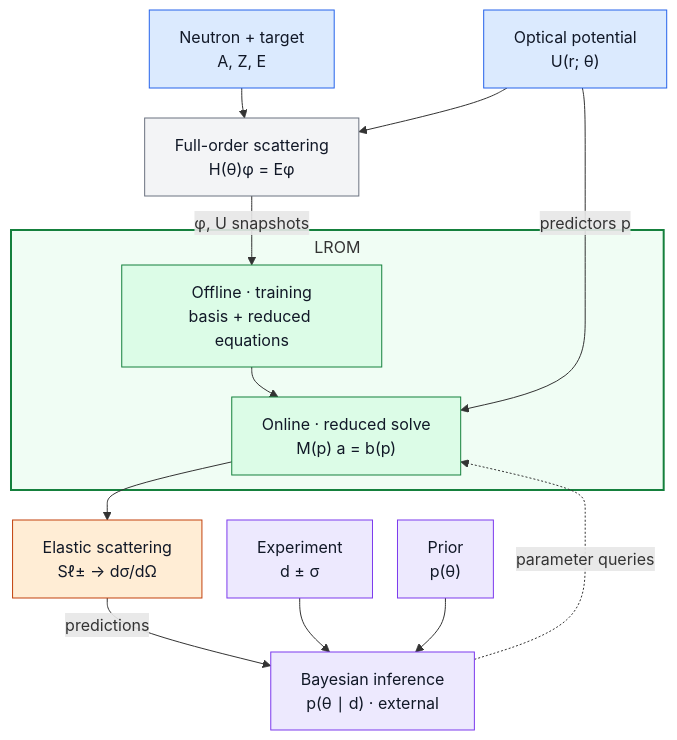
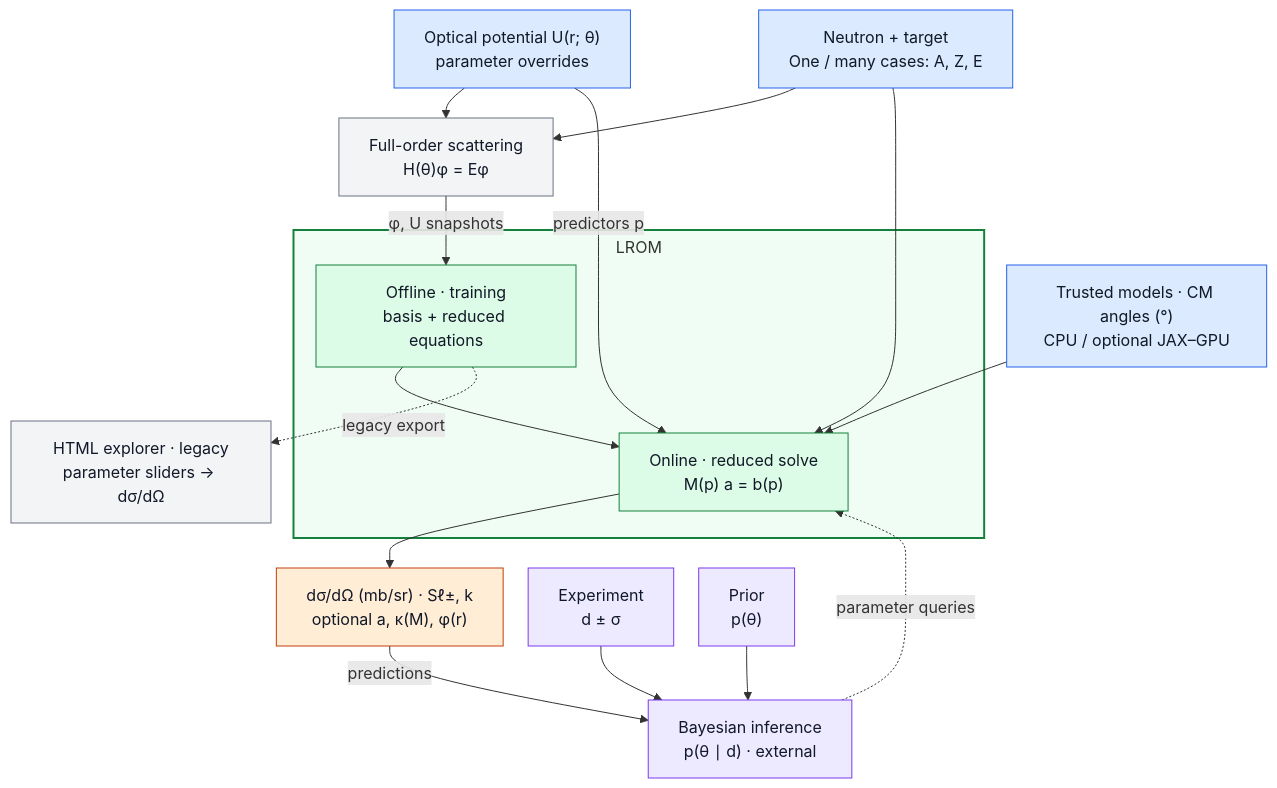
Before and after one commit to nitrogen5052/Learning-Reduced-Order-Models: the first of 2 diagrams in CleanCode/docs/LROM_IN_NUCLEAR_THEORY.md, drawn with Mermaid. The commit also changed other lines of this file and 3 other files, not shown here.

Commit message:
Restore science figure inputs and outputs; archive big picture

````diff
--- a/CleanCode/docs/LROM_IN_NUCLEAR_THEORY.md
+++ b/CleanCode/docs/LROM_IN_NUCLEAR_THEORY.md
@@ -5,40 +5,45 @@
 ```mermaid
 %%{init: {"flowchart": {"nodeSpacing": 25, "rankSpacing": 30, "subGraphTitleMargin": {"top": 5, "bottom": 15}}}}%%
 flowchart TB
-    system["Neutron + target<br/>A, Z, E"]
-    potential["Optical potential<br/>U(r; θ)"]
+    system["Neutron + target<br/>One / many cases: A, Z, E"]
+    potential["Optical potential U(r; θ)<br/>parameter overrides"]
     fom["Full-order scattering<br/>H(θ)φ = Eφ"]
+    settings["Trusted models · CM angles (°)<br/>CPU / optional JAX–GPU"]
 
     subgraph lrom["LROM"]
         train["Offline · training<br/>basis + reduced equations"]
         emulator["Online · reduced solve<br/>M(p) a = b(p)"]
         train --> emulator
     end
 
-    observable["Elastic scattering<br/>Sℓ± → dσ/dΩ"]
+    observable["dσ/dΩ (mb/sr) · Sℓ±, k<br/>optional a, κ(M), φ(r)"]
+    html["HTML explorer · legacy<br/>parameter sliders → dσ/dΩ"]
     data["Experiment<br/>d ± σ"]
     prior["Prior<br/>p(θ)"]
     inference["Bayesian inference<br/>p(θ ∣ d) · external"]
 
     system --> fom
     potential --> fom
     fom -->|φ, U snapshots| train
     potential -->|predictors p| emulator
+    system --> emulator
+    settings --> emulator
     emulator --> observable
+    train -.->|legacy export| html
     observable -->|predictions| inference
     data --> inference
     prior --> inference
     inference -.->|parameter queries| emulator
 
     classDef physics fill:#DBEAFE,stroke:#2563EB,color:#111827
     classDef reference fill:#F3F4F6,stroke:#6B7280,color:#111827
     classDef model fill:#DCFCE7,stroke:#15803D,color:#111827
     classDef result fill:#FFEDD5,stroke:#C2410C,color:#111827
     classDef external fill:#EDE9FE,stroke:#7C3AED,color:#111827
-    class system,potential physics
-    class fom reference
+    class system,potential,settings physics
+    class fom,html reference
     class train,emulator model
     class observable result
     class data,prior,inference external
     style lrom fill:#F0FDF4,stroke:#15803D,stroke-width:2px
 ```
````
